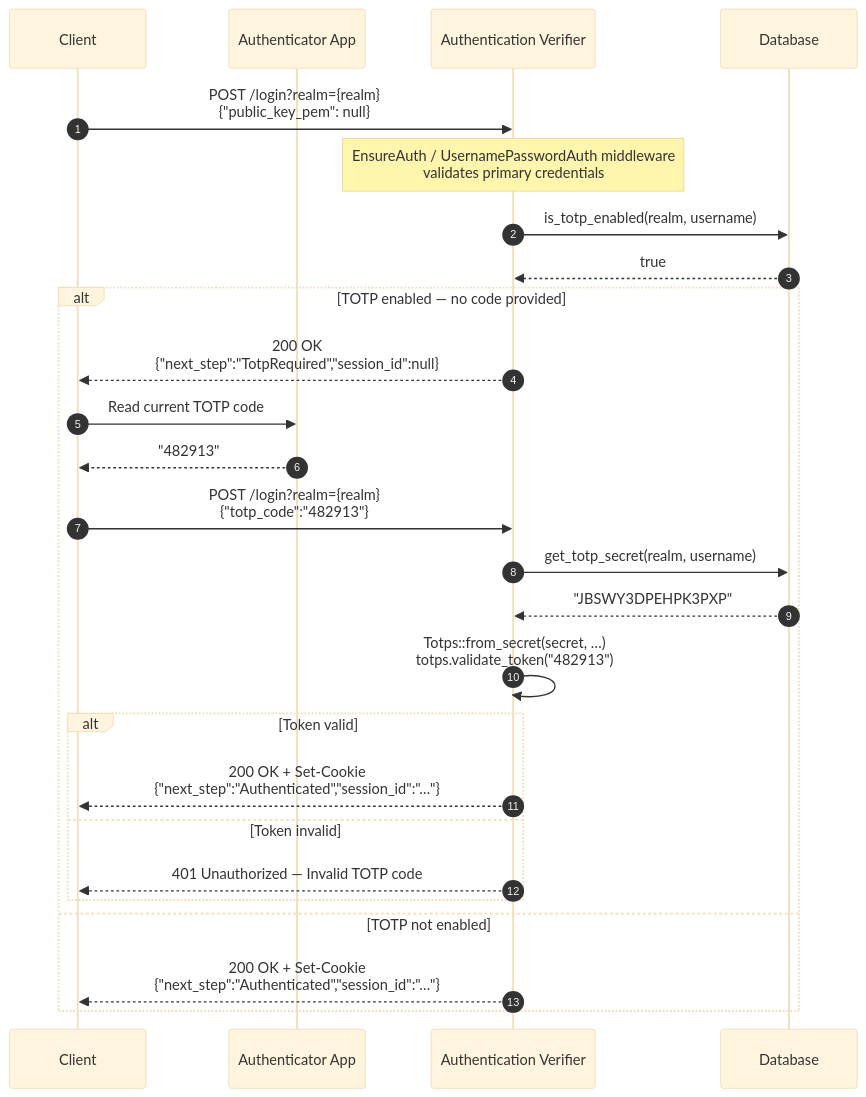
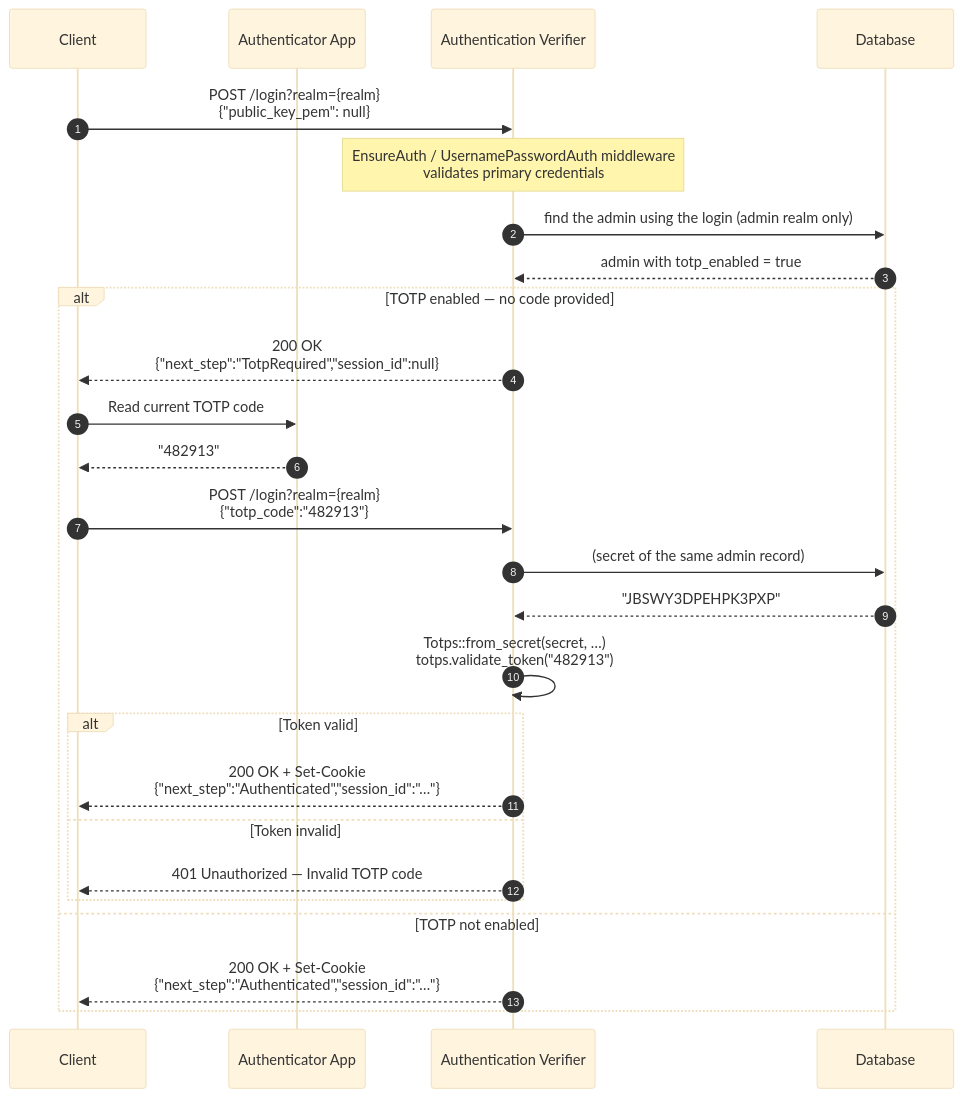
Before and after one commit to Cosmian/authentication: the second of 3 diagrams in server/documentation/docs/two_factor_authentication.md, drawn with Mermaid (base theme). The commit also changed other lines of this file and 6 other files, not shown here.

Commit message:
docs: describe the admin login rule, per-login 2FA and super admin read access (#130)

````diff
--- a/server/documentation/docs/two_factor_authentication.md
+++ b/server/documentation/docs/two_factor_authentication.md
@@ -140,31 +140,31 @@
 ```mermaid
 sequenceDiagram
     autonumber
     participant U as Client
     participant App as Authenticator App
     participant EA as Authentication Verifier
     participant DB as Database
 
     U->>EA: POST /login?realm={realm}<br/>{"public_key_pem": null}
     note over EA: EnsureAuth / UsernamePasswordAuth middleware<br/>validates primary credentials
-    EA->>DB: is_totp_enabled(realm, username)
-    DB-->>EA: true
+    EA->>DB: find the admin using the login (admin realm only)
+    DB-->>EA: admin with totp_enabled = true
 
     alt TOTP enabled — no code provided
         EA-->>U: 200 OK<br/>{"next_step":"TotpRequired","session_id":null}
         U->>App: Read current TOTP code
         App-->>U: "482913"
 
         U->>EA: POST /login?realm={realm}<br/>{"totp_code":"482913"}
-        EA->>DB: get_totp_secret(realm, username)
+        EA->>DB: (secret of the same admin record)
         DB-->>EA: "JBSWY3DPEHPK3PXP"
         EA->>EA: Totps::from_secret(secret, …)<br/>totps.validate_token("482913")
         alt Token valid
             EA-->>U: 200 OK + Set-Cookie<br/>{"next_step":"Authenticated","session_id":"…"}
         else Token invalid
             EA-->>U: 401 Unauthorized — Invalid TOTP code
         end
     else TOTP not enabled
         EA-->>U: 200 OK + Set-Cookie<br/>{"next_step":"Authenticated","session_id":"…"}
     end
 ```
````
